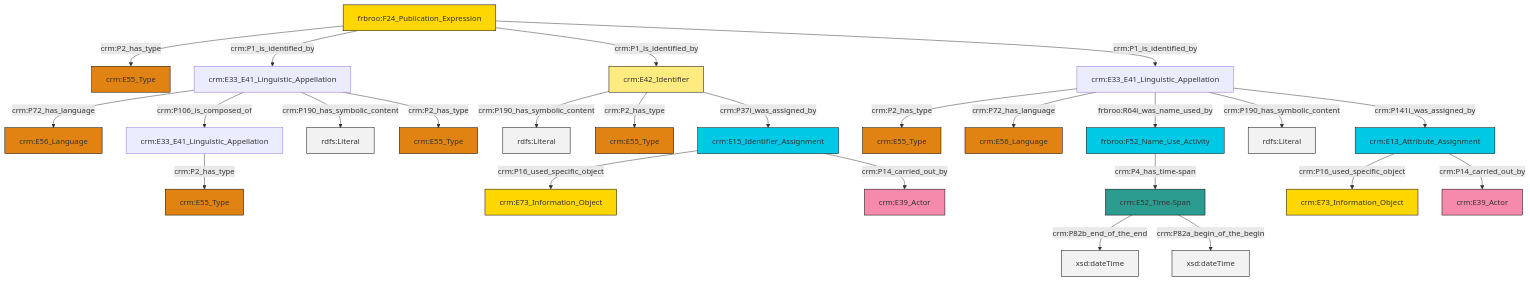
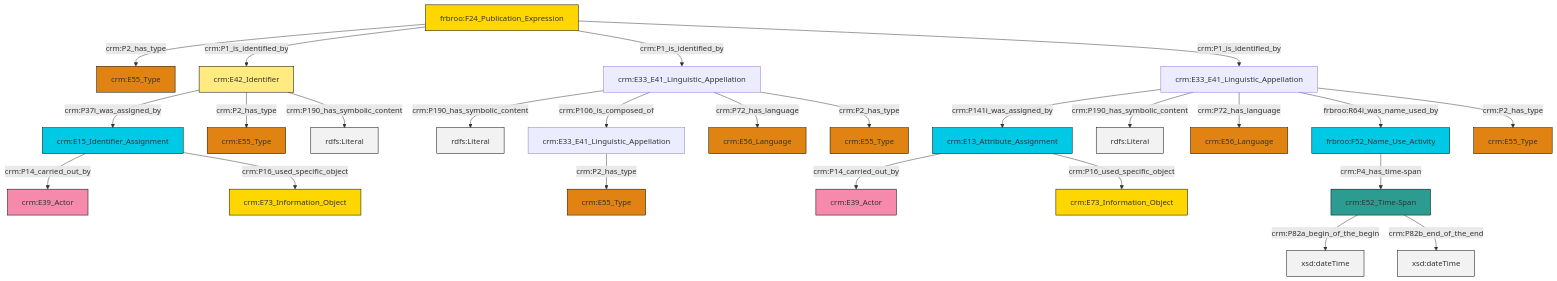
Before and after one commit to swiss-art-research-net/docs.swissartresearch: the diagram in et/biblioCSV/ttl/mmd/biblio_name.ttl.mmd, drawn with Mermaid. The commit also changed 128 other files, not shown here.

```diff
--- a/et/biblioCSV/ttl/mmd/biblio_name.ttl.mmd
+++ b/et/biblioCSV/ttl/mmd/biblio_name.ttl.mmd
@@ -1,39 +1,39 @@
 graph TD
 classDef Literal fill:#f2f2f2,stroke:#000000;
 classDef CRM_Entity fill:#FFFFFF,stroke:#000000;
 classDef Temporal_Entity fill:#00C9E6, stroke:#000000;
 classDef Type fill:#E18312, stroke:#000000;
 classDef Time-Span fill:#2C9C91, stroke:#000000;
 classDef Appellation fill:#FFEB7F, stroke:#000000;
 classDef Place fill:#008836, stroke:#000000;
 classDef Persistent_Item fill:#B266B2, stroke:#000000;
 classDef Conceptual_Object fill:#FFD700, stroke:#000000;
 classDef Physical_Thing fill:#D2B48C, stroke:#000000;
 classDef Actor fill:#f58aad, stroke:#000000;
 classDef PC_Classes fill:#4ce600, stroke:#000000;
 classDef Multi fill:#cccccc,stroke:#000000;
 
-6["crm:E33_E41_Linguistic_Appellation"]:::Default -->|crm:P2_has_type| 7["crm:E55_Type"]:::Type
-8["frbroo:F24_Publication_Expression"]:::Conceptual_Object -->|crm:P2_has_type| 9["crm:E55_Type"]:::Type
-0["crm:E13_Attribute_Assignment"]:::Temporal_Entity -->|crm:P16_used_specific_object| 10["crm:E73_Information_Object"]:::Conceptual_Object
-11["crm:E15_Identifier_Assignment"]:::Temporal_Entity -->|crm:P16_used_specific_object| 12["crm:E73_Information_Object"]:::Conceptual_Object
-11["crm:E15_Identifier_Assignment"]:::Temporal_Entity -->|crm:P14_carried_out_by| 13["crm:E39_Actor"]:::Actor
-15["crm:E33_E41_Linguistic_Appellation"]:::Default -->|crm:P2_has_type| 16["crm:E55_Type"]:::Type
-18["crm:E52_Time-Span"]:::Time-Span -->|crm:P82b_end_of_the_end| 19[xsd:dateTime]:::Literal
-21["frbroo:F52_Name_Use_Activity"]:::Temporal_Entity -->|crm:P4_has_time-span| 18["crm:E52_Time-Span"]:::Time-Span
-8["frbroo:F24_Publication_Expression"]:::Conceptual_Object -->|crm:P1_is_identified_by| 23["crm:E33_E41_Linguistic_Appellation"]:::Default
-23["crm:E33_E41_Linguistic_Appellation"]:::Default -->|crm:P72_has_language| 25["crm:E56_Language"]:::Type
-6["crm:E33_E41_Linguistic_Appellation"]:::Default -->|crm:P72_has_language| 28["crm:E56_Language"]:::Type
-8["frbroo:F24_Publication_Expression"]:::Conceptual_Object -->|crm:P1_is_identified_by| 4["crm:E42_Identifier"]:::Appellation
-6["crm:E33_E41_Linguistic_Appellation"]:::Default -->|frbroo:R64i_was_name_used_by| 21["frbroo:F52_Name_Use_Activity"]:::Temporal_Entity
-8["frbroo:F24_Publication_Expression"]:::Conceptual_Object -->|crm:P1_is_identified_by| 6["crm:E33_E41_Linguistic_Appellation"]:::Default
-6["crm:E33_E41_Linguistic_Appellation"]:::Default -->|crm:P190_has_symbolic_content| 36[rdfs:Literal]:::Literal
-23["crm:E33_E41_Linguistic_Appellation"]:::Default -->|crm:P106_is_composed_of| 15["crm:E33_E41_Linguistic_Appellation"]:::Default
-4["crm:E42_Identifier"]:::Appellation -->|crm:P190_has_symbolic_content| 37[rdfs:Literal]:::Literal
-4["crm:E42_Identifier"]:::Appellation -->|crm:P2_has_type| 30["crm:E55_Type"]:::Type
-4["crm:E42_Identifier"]:::Appellation -->|crm:P37i_was_assigned_by| 11["crm:E15_Identifier_Assignment"]:::Temporal_Entity
-23["crm:E33_E41_Linguistic_Appellation"]:::Default -->|crm:P190_has_symbolic_content| 40[rdfs:Literal]:::Literal
-23["crm:E33_E41_Linguistic_Appellation"]:::Default -->|crm:P2_has_type| 34["crm:E55_Type"]:::Type
-0["crm:E13_Attribute_Assignment"]:::Temporal_Entity -->|crm:P14_carried_out_by| 2["crm:E39_Actor"]:::Actor
-6["crm:E33_E41_Linguistic_Appellation"]:::Default -->|crm:P141i_was_assigned_by| 0["crm:E13_Attribute_Assignment"]:::Temporal_Entity
-18["crm:E52_Time-Span"]:::Time-Span -->|crm:P82a_begin_of_the_begin| 43[xsd:dateTime]:::Literal
+2["crm:E42_Identifier"]:::Appellation -->|crm:P37i_was_assigned_by| 3["crm:E15_Identifier_Assignment"]:::Temporal_Entity
+8["crm:E33_E41_Linguistic_Appellation"]:::Default -->|crm:P141i_was_assigned_by| 9["crm:E13_Attribute_Assignment"]:::Temporal_Entity
+2["crm:E42_Identifier"]:::Appellation -->|crm:P2_has_type| 4["crm:E55_Type"]:::Type
+8["crm:E33_E41_Linguistic_Appellation"]:::Default -->|crm:P190_has_symbolic_content| 12[rdfs:Literal]:::Literal
+13["crm:E52_Time-Span"]:::Time-Span -->|crm:P82a_begin_of_the_begin| 14[xsd:dateTime]:::Literal
+15["frbroo:F24_Publication_Expression"]:::Conceptual_Object -->|crm:P2_has_type| 0["crm:E55_Type"]:::Type
+21["crm:E33_E41_Linguistic_Appellation"]:::Default -->|crm:P190_has_symbolic_content| 22[rdfs:Literal]:::Literal
+23["crm:E33_E41_Linguistic_Appellation"]:::Default -->|crm:P2_has_type| 6["crm:E55_Type"]:::Type
+2["crm:E42_Identifier"]:::Appellation -->|crm:P190_has_symbolic_content| 24[rdfs:Literal]:::Literal
+3["crm:E15_Identifier_Assignment"]:::Temporal_Entity -->|crm:P14_carried_out_by| 25["crm:E39_Actor"]:::Actor
+27["frbroo:F52_Name_Use_Activity"]:::Temporal_Entity -->|crm:P4_has_time-span| 13["crm:E52_Time-Span"]:::Time-Span
+9["crm:E13_Attribute_Assignment"]:::Temporal_Entity -->|crm:P14_carried_out_by| 29["crm:E39_Actor"]:::Actor
+15["frbroo:F24_Publication_Expression"]:::Conceptual_Object -->|crm:P1_is_identified_by| 2["crm:E42_Identifier"]:::Appellation
+8["crm:E33_E41_Linguistic_Appellation"]:::Default -->|crm:P72_has_language| 33["crm:E56_Language"]:::Type
+13["crm:E52_Time-Span"]:::Time-Span -->|crm:P82b_end_of_the_end| 36[xsd:dateTime]:::Literal
+15["frbroo:F24_Publication_Expression"]:::Conceptual_Object -->|crm:P1_is_identified_by| 21["crm:E33_E41_Linguistic_Appellation"]:::Default
+8["crm:E33_E41_Linguistic_Appellation"]:::Default -->|frbroo:R64i_was_name_used_by| 27["frbroo:F52_Name_Use_Activity"]:::Temporal_Entity
+21["crm:E33_E41_Linguistic_Appellation"]:::Default -->|crm:P106_is_composed_of| 23["crm:E33_E41_Linguistic_Appellation"]:::Default
+9["crm:E13_Attribute_Assignment"]:::Temporal_Entity -->|crm:P16_used_specific_object| 39["crm:E73_Information_Object"]:::Conceptual_Object
+21["crm:E33_E41_Linguistic_Appellation"]:::Default -->|crm:P72_has_language| 19["crm:E56_Language"]:::Type
+21["crm:E33_E41_Linguistic_Appellation"]:::Default -->|crm:P2_has_type| 30["crm:E55_Type"]:::Type
+15["frbroo:F24_Publication_Expression"]:::Conceptual_Object -->|crm:P1_is_identified_by| 8["crm:E33_E41_Linguistic_Appellation"]:::Default
+3["crm:E15_Identifier_Assignment"]:::Temporal_Entity -->|crm:P16_used_specific_object| 10["crm:E73_Information_Object"]:::Conceptual_Object
+8["crm:E33_E41_Linguistic_Appellation"]:::Default -->|crm:P2_has_type| 17["crm:E55_Type"]:::Type
```
